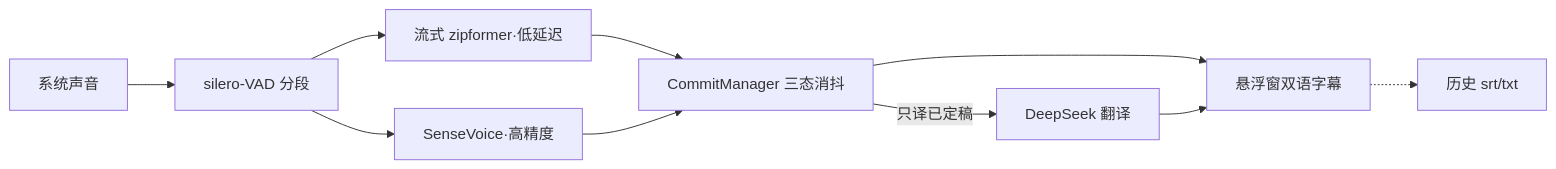
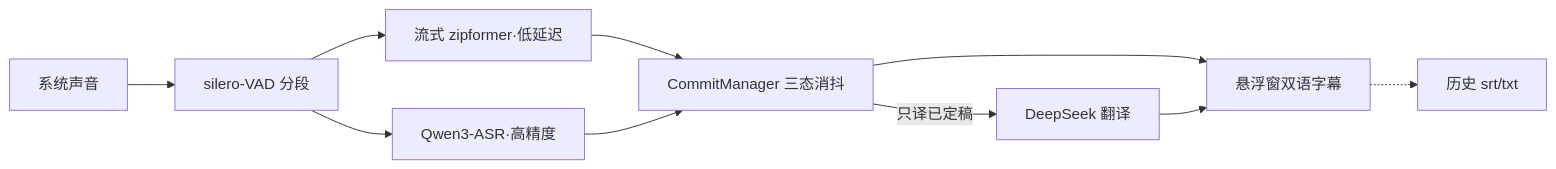
One commit to superLin006/LiveBabel changed the first of 2 diagrams in README.md. Above: the diagram before and after it, drawn with Mermaid. The commit also changed other lines of this file and 23 other files, not shown here.

Commit message:
feat: migrate ASR pipeline to Qwen3-ASR

````diff
--- a/README.md
+++ b/README.md
@@ -116,9 +116,9 @@
 ```mermaid
 flowchart LR
     A[系统声音] --> B[silero-VAD 分段]
     B --> C[流式 zipformer·低延迟]
-    B --> D[SenseVoice·高精度]
+    B --> D[Qwen3-ASR·高精度]
     C & D --> E[CommitManager 三态消抖]
     E -->|只译已定稿| F[DeepSeek 翻译]
     E & F --> G[悬浮窗双语字幕] -.-> H[历史 srt/txt]
 ```
````
